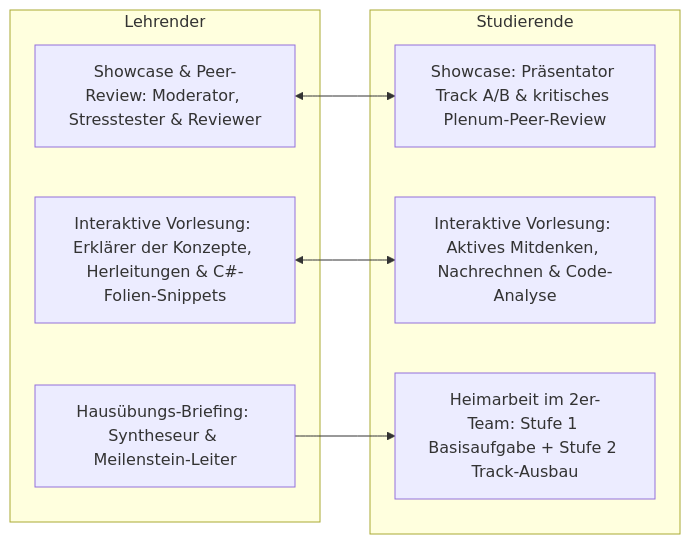
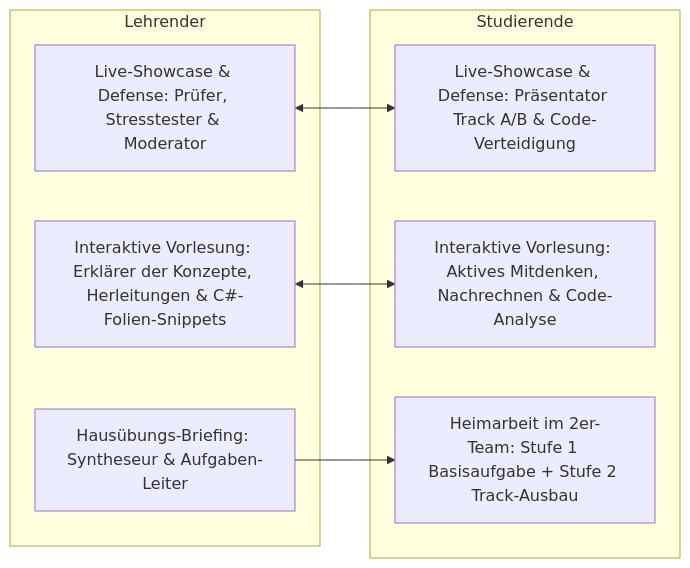
Before and after one commit to ghackenberg/kurs-computer-simulation: the third of 5 diagrams in Konzept/01_Lehrveranstaltungsstruktur_und_Syllabus.md, drawn with Mermaid. The commit also changed other lines of this file and 28 other files, not shown here.

Commit message:
Update grading model to 40-40-20 and rebrand Section 8 to Live-Showcase & Code-Defense

````diff
--- a/Konzept/01_Lehrveranstaltungsstruktur_und_Syllabus.md
+++ b/Konzept/01_Lehrveranstaltungsstruktur_und_Syllabus.md
@@ -644,16 +639,16 @@
 ```mermaid
 flowchart LR
     subgraph Lehrender
-        L1[Showcase & Peer-Review: Moderator, Stresstester & Reviewer]
+        L1[Live-Showcase & Defense: Prüfer, Stresstester & Moderator]
         L2[Interaktive Vorlesung: Erklärer der Konzepte, Herleitungen & C#-Folien-Snippets]
-        L3[Hausübungs-Briefing: Syntheseur & Meilenstein-Leiter]
+        L3[Hausübungs-Briefing: Syntheseur & Aufgaben-Leiter]
     end
     subgraph Studierende
-        S1[Showcase: Präsentator Track A/B & kritisches Plenum-Peer-Review]
+        S1[Live-Showcase & Defense: Präsentator Track A/B & Code-Verteidigung]
         S2[Interaktive Vorlesung: Aktives Mitdenken, Nachrechnen & Code-Analyse]
         S3[Heimarbeit im 2er-Team: Stufe 1 Basisaufgabe + Stufe 2 Track-Ausbau]
     end
     L1 <--> S1
     L2 <--> S2
     L3 --> S3
 ```
````
